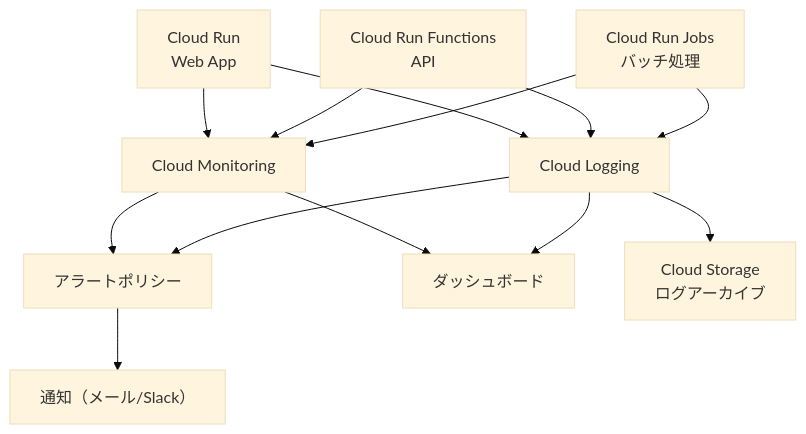
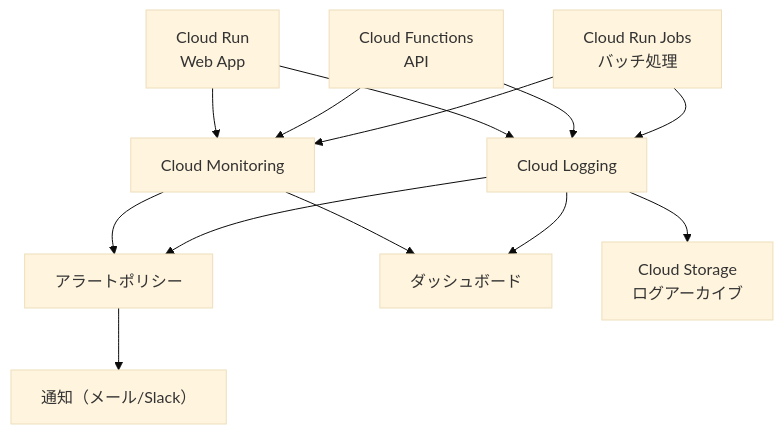
Before and after one commit to nothink-jp/suzumina.click: the diagram in docs/GCP_MONITORING.md, drawn with Mermaid (base theme). The commit also changed 10 other files, not shown here.

````diff
--- a/docs/GCP_MONITORING.md
+++ b/docs/GCP_MONITORING.md
@@ -9,15 +9,15 @@
 ```mermaid
 flowchart TD
     A[Cloud Run\nWeb App] --> B[Cloud Monitoring]
-    C[Cloud Run Functions\nAPI] --> B
+    C[Cloud Functions\nAPI] --> B
     D[Cloud Run Jobs\nバッチ処理] --> B
     A --> E[Cloud Logging]
     C --> E
     D --> E
     B --> F[アラートポリシー]
     E --> F
     B --> G[ダッシュボード]
     E --> G
     F --> H[通知（メール/Slack）]
     E --> J[Cloud Storage\nログアーカイブ]
 ```
````
